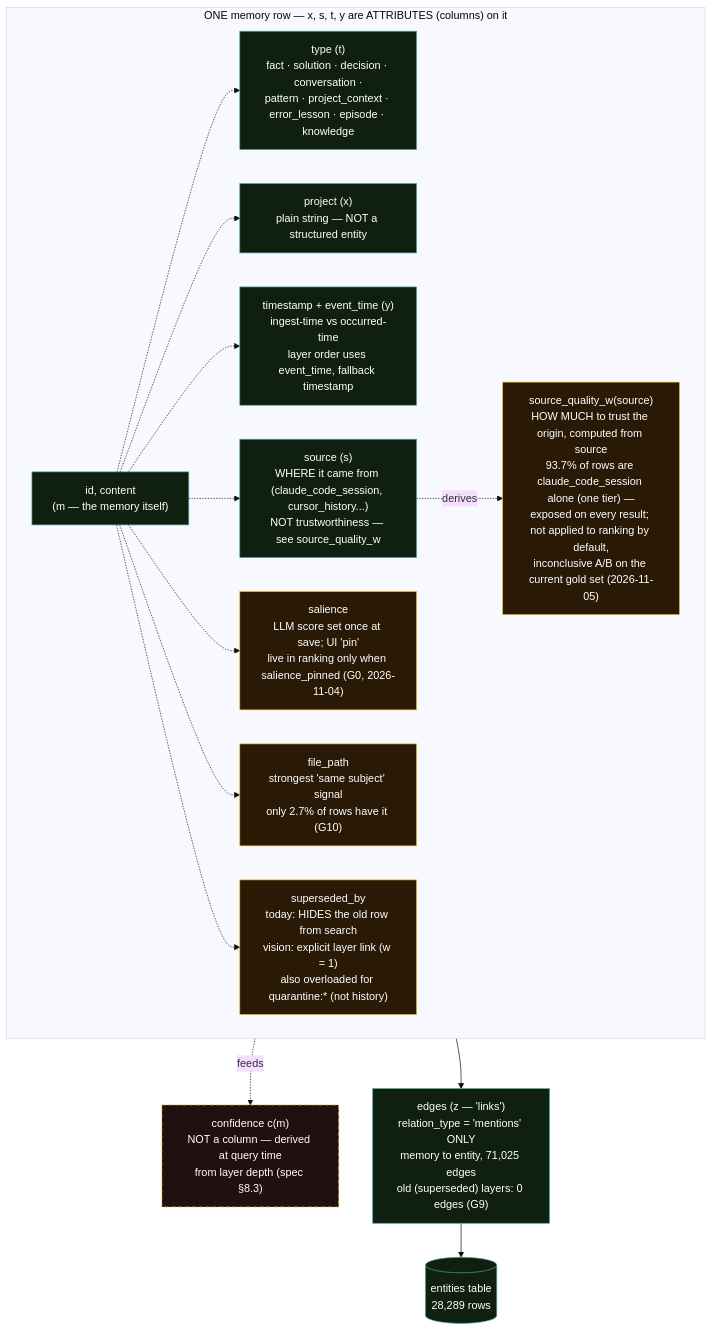
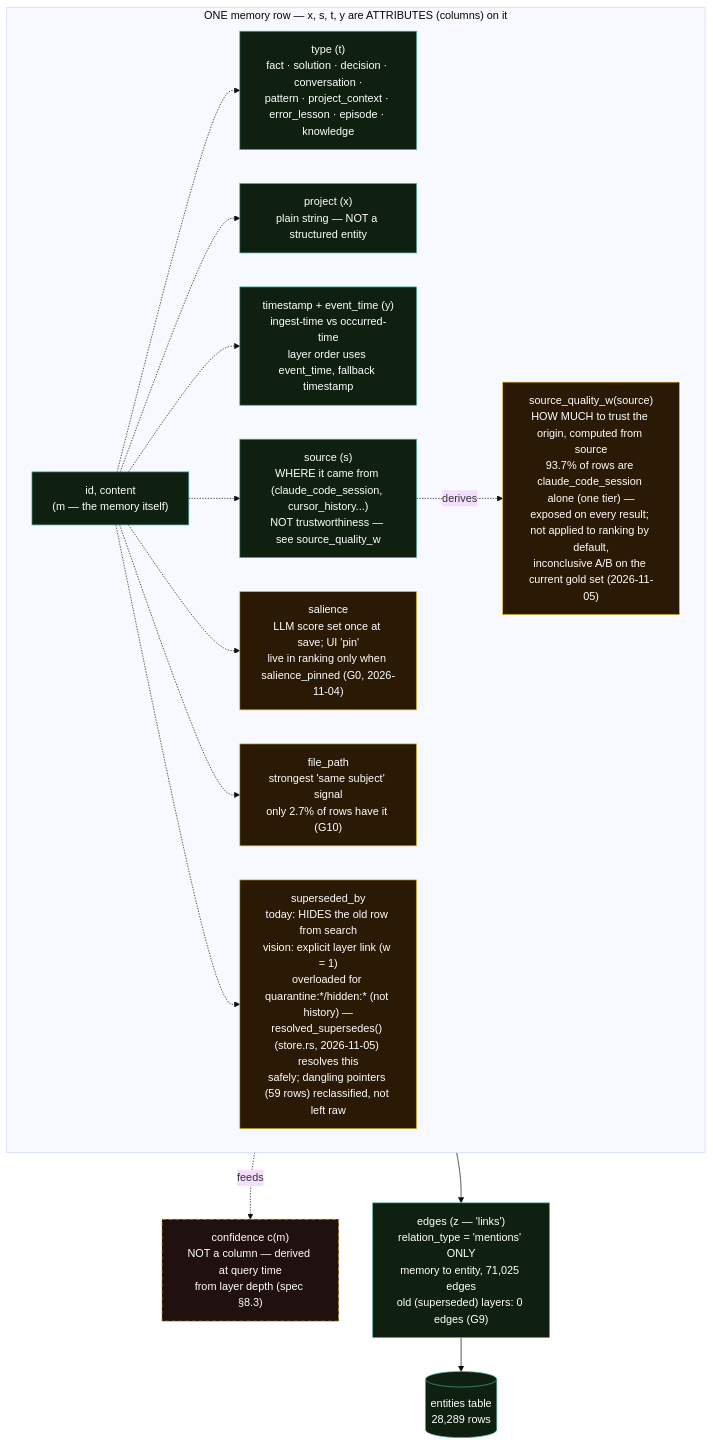
The second of 4 diagrams in docs/architecture/cognitive-architecture-diagram.md (ocreamer888/brain), drawn with Mermaid (base theme) before and after one commit. The commit also changed 2 other files, not shown here.

Commit message:
docs: record the superseded_by dangling-reference cleanup (G2 prep closed)
Updates the gate tracker, diagram, and chronicle to reflect commit
7db2915: the 59 dangling superseded_by pointers are reclassified, and
resolved_supersedes() exists as the safe accessor G7/G8 must use going
forward. Closes the G2-split prep work identified on 2026-11-05.

````diff
--- a/docs/architecture/cognitive-architecture-diagram.md
+++ b/docs/architecture/cognitive-architecture-diagram.md
@@ -63,39 +63,39 @@
 ```mermaid
 flowchart TD
     subgraph ROW["ONE memory row — x, s, t, y are ATTRIBUTES (columns) on it"]
         direction LR
         ID["id, content<br/>(m — the memory itself)"]
         TYPE["type (t)<br/>fact · solution · decision · conversation ·<br/>pattern · project_context · error_lesson · episode · knowledge"]
         PROJ["project (x)<br/>plain string — NOT a structured entity"]
         TIME["timestamp + event_time (y)<br/>ingest-time vs occurred-time<br/>layer order uses event_time, fallback timestamp"]
         SRC["source (s)<br/>WHERE it came from (claude_code_session, cursor_history...)<br/>NOT trustworthiness — see source_quality_w"]
         SQ["source_quality_w(source)<br/>HOW MUCH to trust the origin, computed from source<br/>93.7% of rows are claude_code_session alone (one tier) —<br/>exposed on every result; not applied to ranking by default,<br/>inconclusive A/B on the current gold set (2026-11-05)"]
         SAL["salience<br/>LLM score set once at save; UI 'pin'<br/>live in ranking only when salience_pinned (G0, 2026-11-04)"]
         FP["file_path<br/>strongest 'same subject' signal<br/>only 2.7% of rows have it (G10)"]
-        SUP["superseded_by<br/>today: HIDES the old row from search<br/>vision: explicit layer link (w = 1)<br/>also overloaded for quarantine:* (not history)"]
+        SUP["superseded_by<br/>today: HIDES the old row from search<br/>vision: explicit layer link (w = 1)<br/>overloaded for quarantine:*/hidden:* (not history) —<br/>resolved_supersedes() (store.rs, 2026-11-05) resolves this<br/>safely; dangling pointers (59 rows) reclassified, not left raw"]
     end
 
     CONF["confidence c(m)<br/>NOT a column — derived at query time<br/>from layer depth (spec §8.3)"]
 
     ID -.-> TYPE
     ID -.-> PROJ
     ID -.-> TIME
     ID -.-> SRC
     SRC -. "derives" .-> SQ
     ID -.-> SAL
     ID -.-> FP
     ID -.-> SUP
     SUP -. "feeds" .-> CONF
 
     ENT[("entities table<br/>28,289 rows")]
     EDGE["edges (z — 'links')<br/>relation_type = 'mentions' ONLY<br/>memory to entity, 71,025 edges<br/>old (superseded) layers: 0 edges (G9)"]
 
     ID --> EDGE --> ENT
 
     classDef real fill:#102010,stroke:#4a9,color:#fff
     classDef warn fill:#2a1a05,stroke:#e5bd24,color:#fff
     classDef proposed fill:#201010,stroke:#e5bd24,color:#fff,stroke-dasharray: 6 4
     class ID,TYPE,PROJ,TIME,SRC,EDGE,ENT real
     class SAL,FP,SUP,SQ warn
     class CONF proposed
 ```
````
